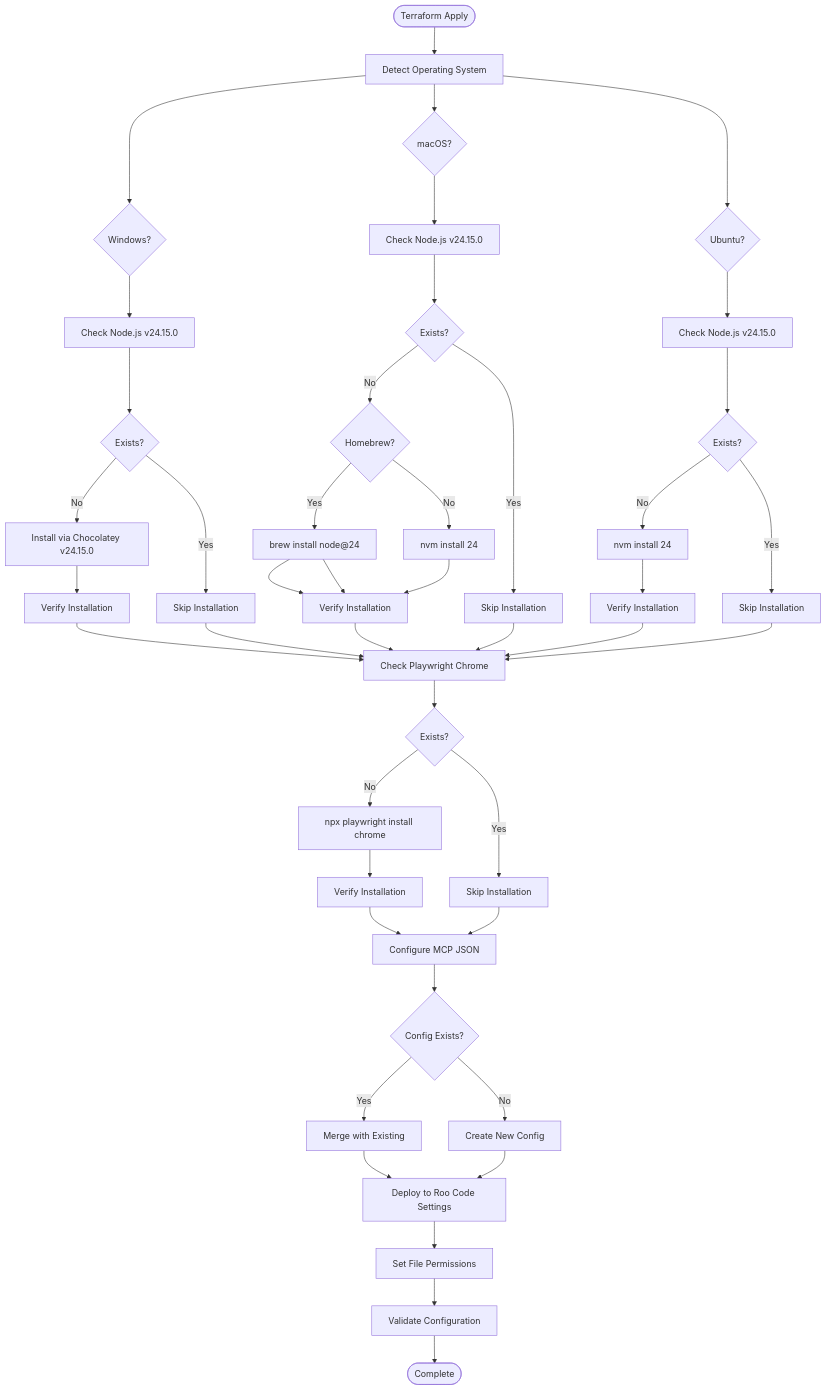
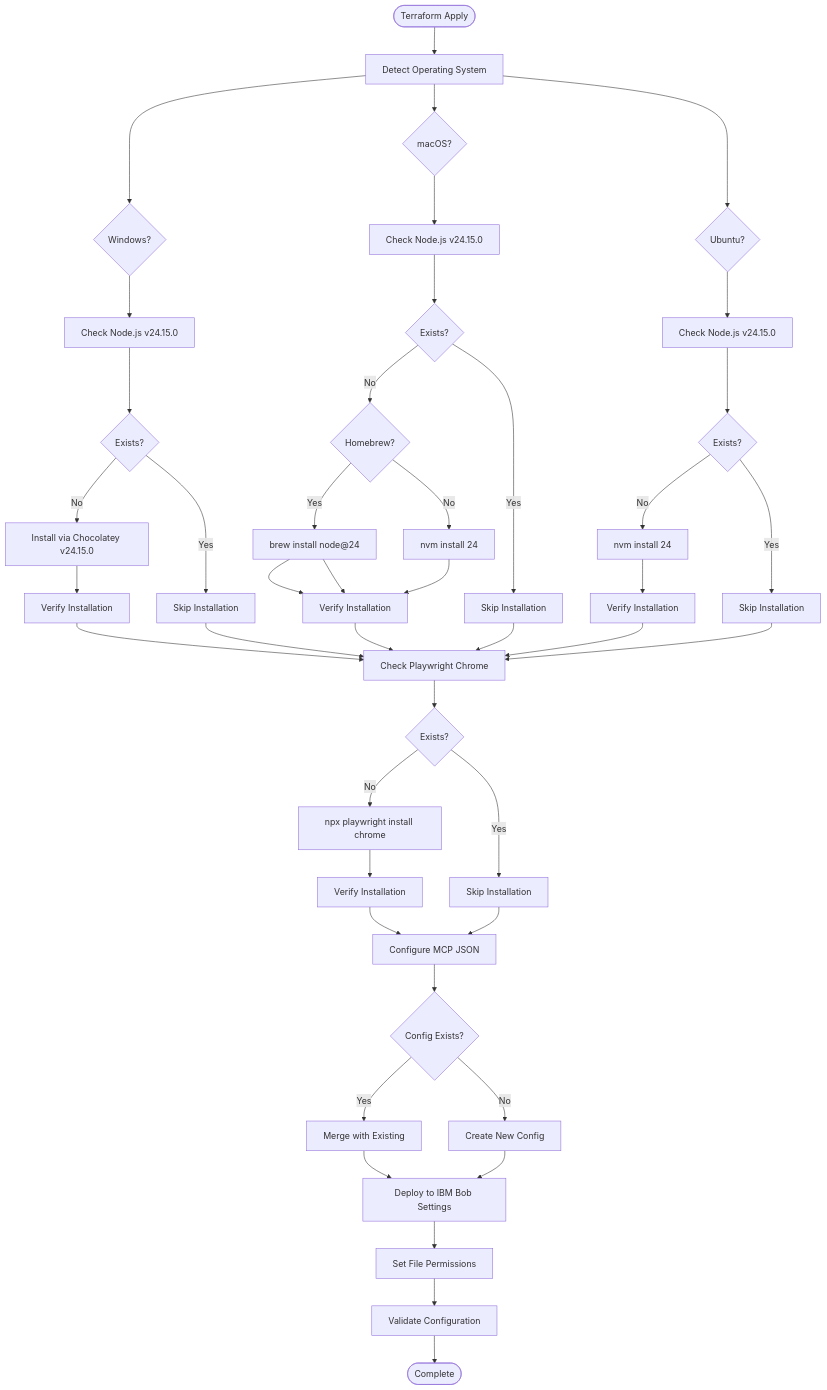
One commit to simontokyo/terraform-ibmbob-playwright-mcp changed the first of 6 diagrams in ARCHITECTURE.md. Above: the diagram before and after it, drawn with Mermaid. The commit also changed other lines of this file and 3 other files, not shown here.

````diff
--- a/ARCHITECTURE.md
+++ b/ARCHITECTURE.md
@@ -10,63 +10,63 @@
 ```mermaid
 flowchart TD
     Start([Terraform Apply]) --> DetectOS[Detect Operating System]
     
     DetectOS --> Windows{Windows?}
     DetectOS --> MacOS{macOS?}
     DetectOS --> Ubuntu{Ubuntu?}
     
     Windows --> CheckNodeWin[Check Node.js v24.15.0]
     MacOS --> CheckNodeMac[Check Node.js v24.15.0]
     Ubuntu --> CheckNodeUbu[Check Node.js v24.15.0]
     
     CheckNodeWin --> NodeExistsWin{Exists?}
     CheckNodeMac --> NodeExistsMac{Exists?}
     CheckNodeUbu --> NodeExistsUbu{Exists?}
     
     NodeExistsWin -->|No| InstallNodeWin[Install via Chocolatey v24.15.0]
     NodeExistsWin -->|Yes| SkipNodeWin[Skip Installation]
     
     NodeExistsMac -->|No| CheckBrew{Homebrew?}
     NodeExistsMac -->|Yes| SkipNodeMac[Skip Installation]
     
     CheckBrew -->|Yes| InstallNodeMac[brew install node@24]
     CheckBrew -->|No| InstallNodeMacNvm[nvm install 24]
     
     NodeExistsUbu -->|No| InstallNodeUbu[nvm install 24]
     NodeExistsUbu -->|Yes| SkipNodeUbu[Skip Installation]
     
     InstallNodeMac --> VerifyNodeMac[Verify Installation]
     InstallNodeMacNvm --> VerifyNodeMac
     
     InstallNodeWin --> VerifyNodeWin[Verify Installation]
     InstallNodeMac --> VerifyNodeMac[Verify Installation]
     InstallNodeUbu --> VerifyNodeUbu[Verify Installation]
     
     SkipNodeWin --> CheckPlaywright
     SkipNodeMac --> CheckPlaywright
     SkipNodeUbu --> CheckPlaywright
     VerifyNodeWin --> CheckPlaywright
     VerifyNodeMac --> CheckPlaywright
     VerifyNodeUbu --> CheckPlaywright
     
     CheckPlaywright[Check Playwright Chrome] --> PlaywrightExists{Exists?}
     
     PlaywrightExists -->|No| InstallPlaywright[npx playwright install chrome]
     PlaywrightExists -->|Yes| SkipPlaywright[Skip Installation]
     
     InstallPlaywright --> VerifyPlaywright[Verify Installation]
     SkipPlaywright --> ConfigMCP
     VerifyPlaywright --> ConfigMCP
     
     ConfigMCP[Configure MCP JSON] --> CheckConfig{Config Exists?}
     
     CheckConfig -->|Yes| MergeConfig[Merge with Existing]
     CheckConfig -->|No| CreateConfig[Create New Config]
     
-    MergeConfig --> DeployConfig[Deploy to Roo Code Settings]
+    MergeConfig --> DeployConfig[Deploy to IBM Bob Settings]
     CreateConfig --> DeployConfig
     
     DeployConfig --> SetPermissions[Set File Permissions]
     SetPermissions --> ValidateConfig[Validate Configuration]
     ValidateConfig --> Complete([Complete])
 ```
````
